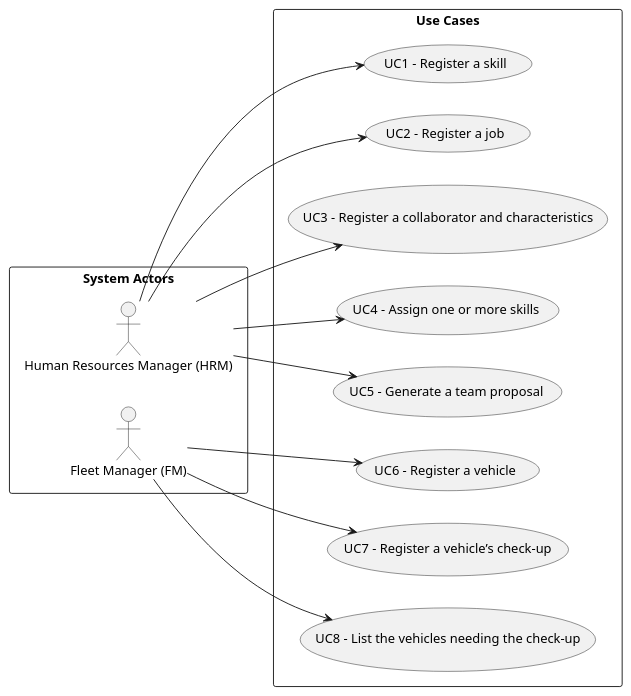
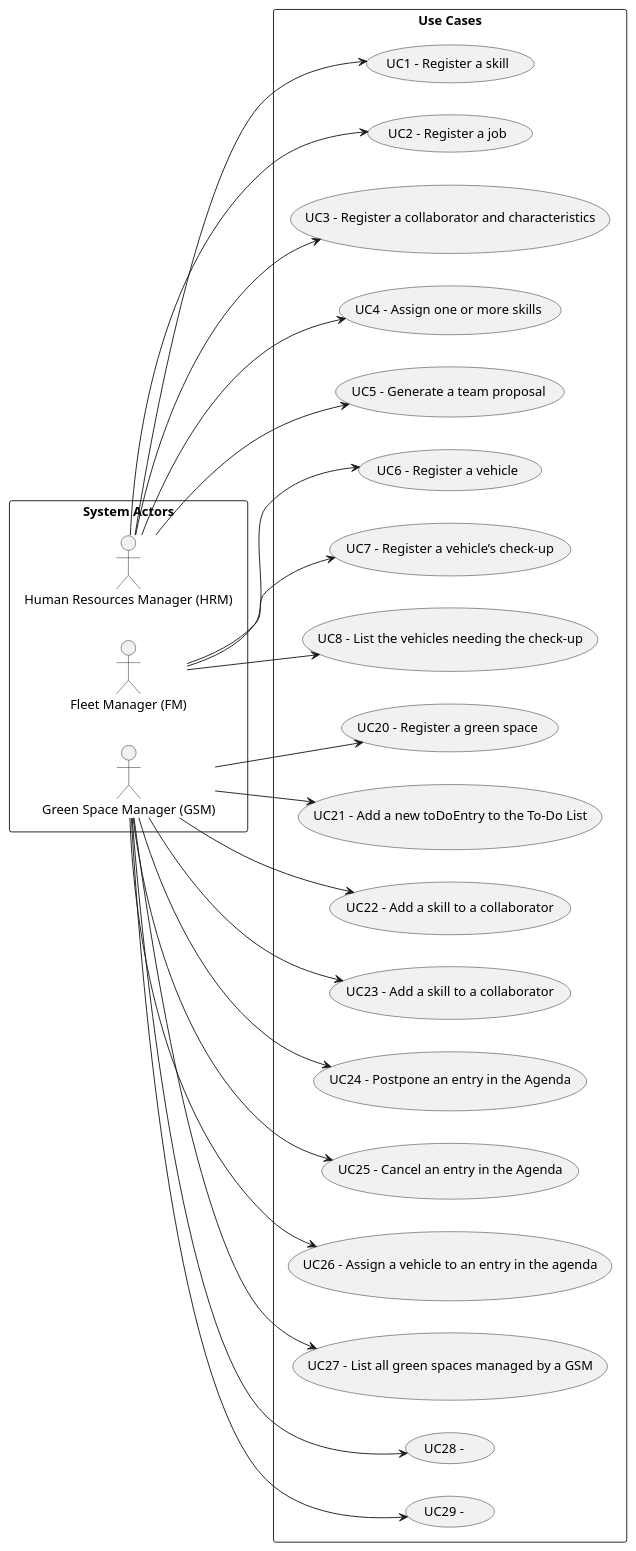
One commit to RicardoMorim/lapr2-ISEP-Project changed the diagram in docs/sprintC/global-artifacts/01.requirements-engineering/puml/use-case-diagram.puml. Above: the diagram before and after it, drawn with PlantUML. The commit also changed 1 other file, not shown here.

Commit message:
updated the use case diagram

```diff
--- a/docs/sprintC/global-artifacts/01.requirements-engineering/puml/use-case-diagram.puml
+++ b/docs/sprintC/global-artifacts/01.requirements-engineering/puml/use-case-diagram.puml
@@ -1,30 +1,51 @@
 @startuml
 'skinparam monochrome true
 skinparam packageStyle rectangle
 'skinparam shadowing false
 'title Use Case Diagram Example
 left to right direction
 rectangle "System Actors" as actors{
     actor "Human Resources Manager (HRM)" as HRM
     actor "Fleet Manager (FM)" as FM
+    actor "Green Space Manager (GSM)" as GSM
 
 }
 rectangle "Use Cases" as usecases{
     usecase "UC1 - Register a skill" as UC1
     usecase "UC2 - Register a job" as UC2
     usecase "UC3 - Register a collaborator and characteristics" as UC3
     usecase "UC4 - Assign one or more skills" as UC4
     usecase "UC5 - Generate a team proposal" as UC5
     usecase "UC6 - Register a vehicle" as UC6
     usecase "UC7 - Register a vehicle’s check-up" as UC7
     usecase "UC8 - List the vehicles needing the check-up" as UC8
+    usecase "UC20 - Register a green space" as UC20
+    usecase "UC21 - Add a new toDoEntry to the To-Do List" as UC21
+    usecase "UC22 - Add a skill to a collaborator" as UC22
+    usecase "UC23 - Add a skill to a collaborator" as UC23
+    usecase "UC24 - Postpone an entry in the Agenda" as UC24
+    usecase "UC25 - Cancel an entry in the Agenda" as UC25
+    usecase "UC26 - Assign a vehicle to an entry in the agenda" as UC26
+    usecase "UC27 - List all green spaces managed by a GSM" as UC27
+    usecase "UC28 -  " as UC28
+    usecase "UC29 -  " as UC29
     HRM --> UC1
     HRM --> UC2
     HRM --> UC3
     HRM --> UC4
     HRM --> UC5
     FM --> UC6
     FM --> UC7
     FM --> UC8
+    GSM --> UC20
+    GSM --> UC21
+    GSM --> UC22
+    GSM --> UC23
+    GSM --> UC24
+    GSM --> UC25
+    GSM --> UC26
+    GSM --> UC27
+    GSM --> UC28
+    GSM --> UC29
 }
 @enduml
```
